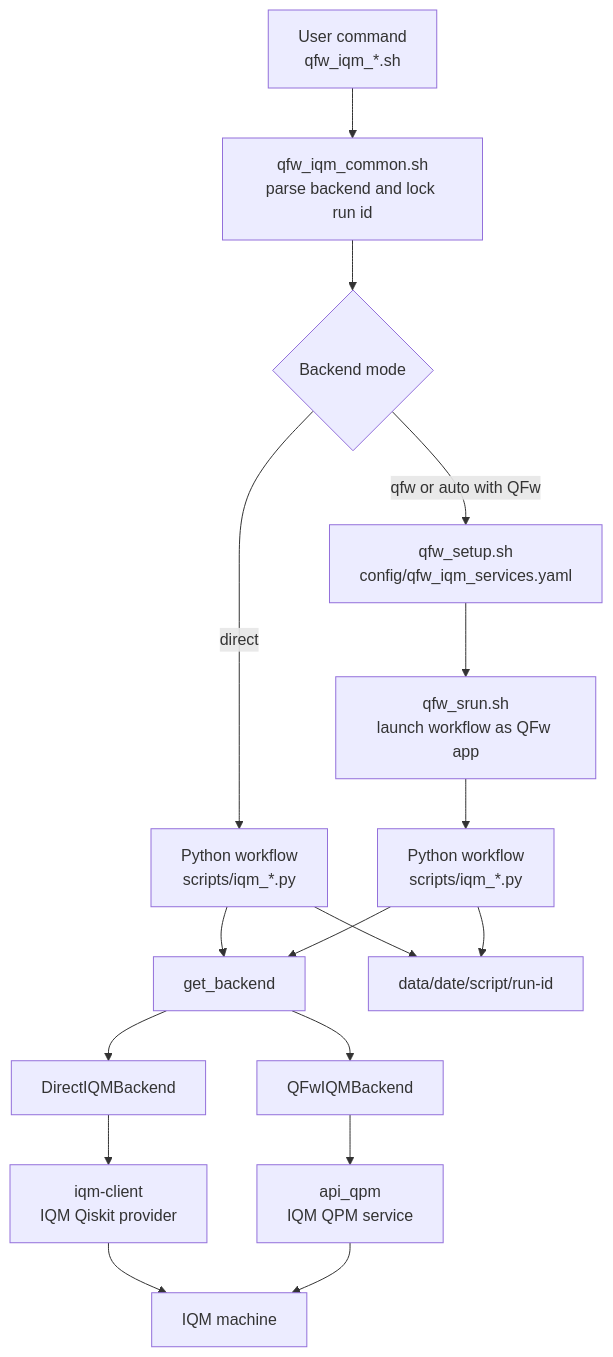
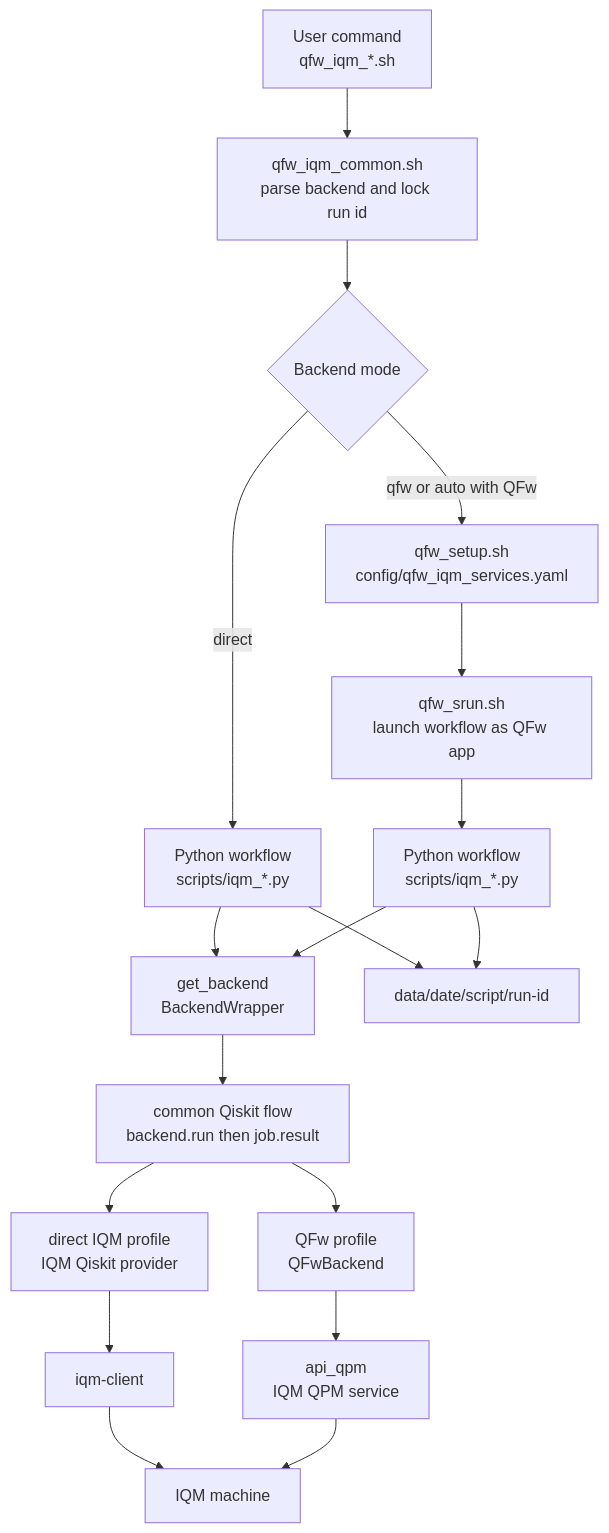
One commit to openQSE/QFw-IQM changed the diagram in README.md. Above: the diagram before and after it, drawn with Mermaid. The commit also changed other lines of this file and 6 other files, not shown here.

First line of the commit message:
QFw-IQM: unify Qiskit backend execution

````diff
--- a/README.md
+++ b/README.md
@@ -184,19 +185,20 @@
 ```mermaid
 flowchart TD
     user["User command<br/>qfw_iqm_*.sh"] --> common["qfw_iqm_common.sh<br/>parse backend and lock run id"]
     common --> mode{"Backend mode"}
     mode -->|"direct"| direct_python["Python workflow<br/>scripts/iqm_*.py"]
     mode -->|"qfw or auto with QFw"| setup["qfw_setup.sh<br/>config/qfw_iqm_services.yaml"]
     setup --> srun["qfw_srun.sh<br/>launch workflow as QFw app"]
     srun --> qfw_python["Python workflow<br/>scripts/iqm_*.py"]
-    direct_python --> selector["get_backend"]
+    direct_python --> selector["get_backend<br/>BackendWrapper"]
     qfw_python --> selector
-    selector --> direct_backend["DirectIQMBackend"]
-    selector --> qfw_backend["QFwIQMBackend"]
-    direct_backend --> iqm_client["iqm-client<br/>IQM Qiskit provider"]
+    selector --> qiskit_flow["common Qiskit flow<br/>backend.run then job.result"]
+    qiskit_flow --> direct_backend["direct IQM profile<br/>IQM Qiskit provider"]
+    qiskit_flow --> qfw_backend["QFw profile<br/>QFwBackend"]
+    direct_backend --> iqm_client["iqm-client"]
     qfw_backend --> qpm["api_qpm<br/>IQM QPM service"]
     iqm_client --> machine["IQM machine"]
     qpm --> machine
     direct_python --> output["data/date/script/run-id"]
     qfw_python --> output
 ```
````
